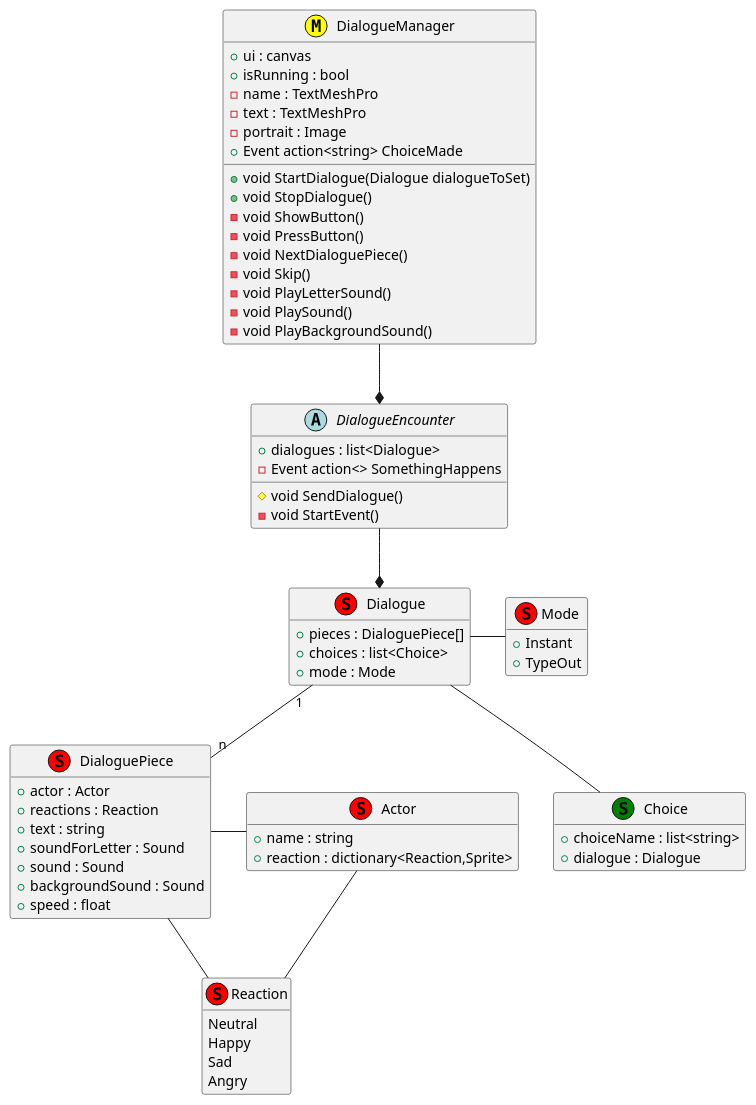
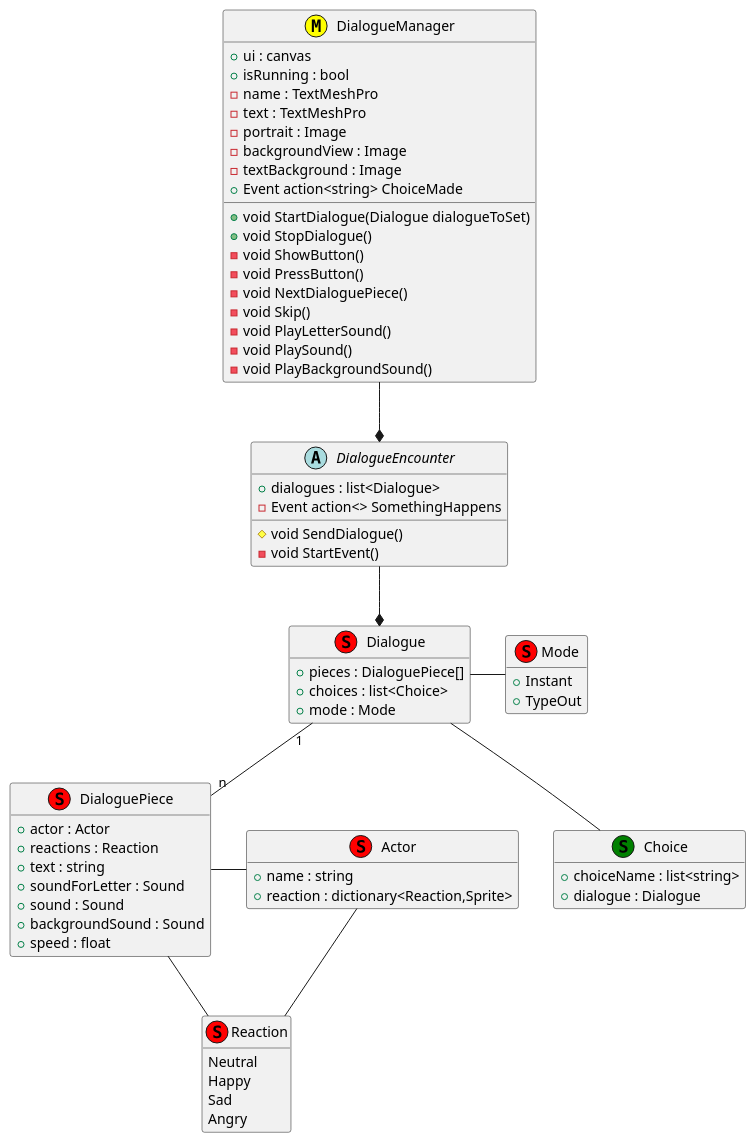
Before and after one commit to LucaP998/Dialogue: the diagram in DialogueSystem/DialogueSystem/Assets/Dialogue.puml, drawn with PlantUML. The commit also changed 16 other files, not shown here.

```diff
--- a/DialogueSystem/DialogueSystem/Assets/Dialogue.puml
+++ b/DialogueSystem/DialogueSystem/Assets/Dialogue.puml
@@ -1,79 +1,81 @@
 @startuml
 'Green is a struct'
 
 hide empty members
 
 class DialogueManager<<M, yellow>>{
     +ui : canvas 
     +isRunning : bool
     -name : TextMeshPro
     -text : TextMeshPro
     -portrait : Image
+    -backgroundView : Image
+    -textBackground : Image
     +Event action<string> ChoiceMade
     +void StartDialogue(Dialogue dialogueToSet)
     +void StopDialogue()
     -void ShowButton()
     -void PressButton()
     -void NextDialoguePiece()
     -void Skip()
     -void PlayLetterSound()
     -void PlaySound()
     -void PlayBackgroundSound()
 }
 
 Abstract DialogueEncounter{
     +dialogues : list<Dialogue>
     #void SendDialogue()
     -Event action<> SomethingHappens
     -void StartEvent()
 }
 
 class Dialogue<<S, red>>{
     +pieces : DialoguePiece[]
     +choices : list<Choice>
     +mode : Mode
 }
 
 class Actor<<S, red>>{
     +name : string
     +reaction : dictionary<Reaction,Sprite>
 }
 
 class DialoguePiece<<S, red>>{
     +actor : Actor
     +reactions : Reaction
     +text : string
     +soundForLetter : Sound
     +sound : Sound
     +backgroundSound : Sound
     +speed : float
 }
 
 class Mode<<S, red>>{
     +Instant
     +TypeOut
 }
 
 Class Choice<<S, green>>{
     +choiceName : list<string>
     +dialogue : Dialogue
     
 }
 
 Class Reaction<<S, red>>{
     Neutral
     Happy
     Sad    
     Angry
 }
 
 Dialogue "1" -- "n" DialoguePiece
 DialoguePiece - Actor
 Dialogue - Mode
 DialogueManager --* DialogueEncounter
 DialogueEncounter --* Dialogue
 Dialogue -- Choice
 DialoguePiece -- Reaction
 Actor -- Reaction
 
 @enduml
```
